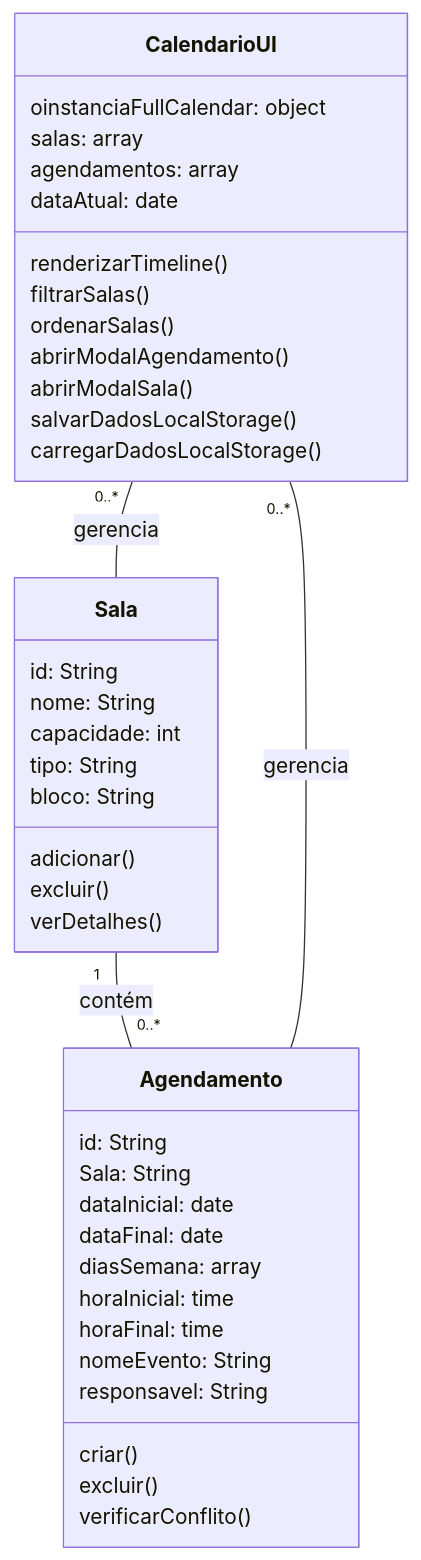
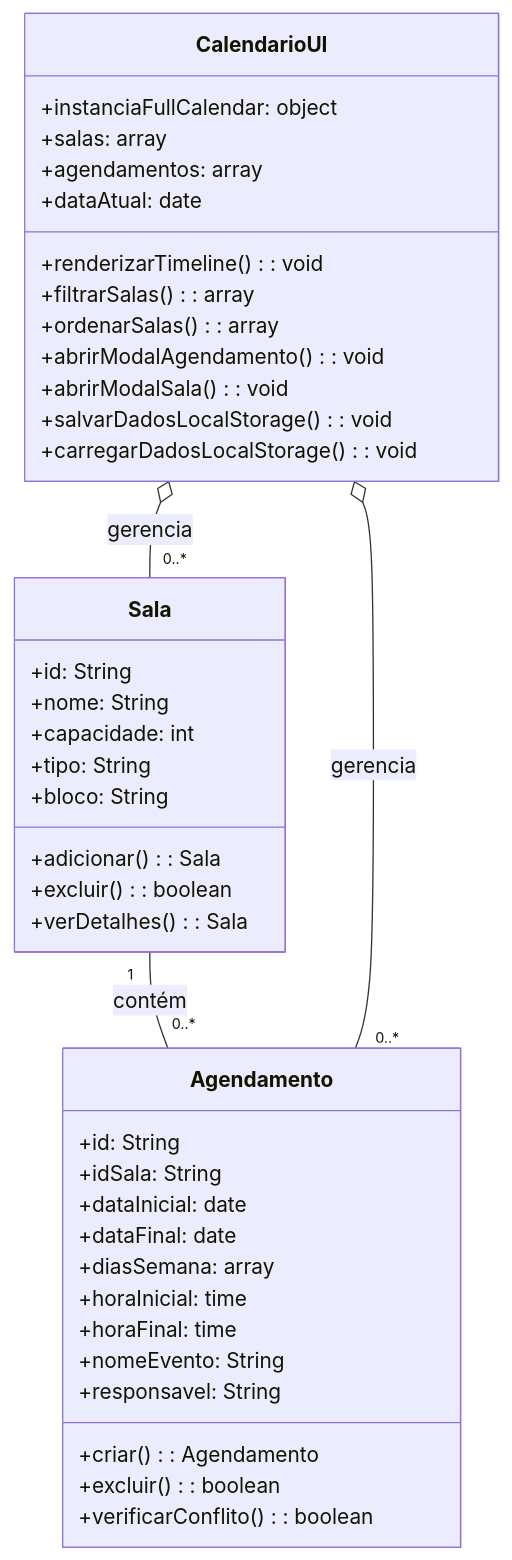
One commit to CTISM-Prof-Henry/trab-final-noite-gremio-fbpa changed the diagram in Diagrama_de_Classe.md. Above: the diagram before and after it, drawn with Mermaid. The commit also changed other lines of this file, not shown here.

Commit message:
Update Diagrama_de_Classe.md
teste

````diff
--- a/Diagrama_de_Classe.md
+++ b/Diagrama_de_Classe.md
@@ -47,46 +47,46 @@
 ```mermaid
 classDiagram
     class Sala {
-        id: String
-        nome: String
-        capacidade: int
-        tipo: String
-        bloco: String
-        adicionar()
-        excluir()
-        verDetalhes()
+        +id: String
+        +nome: String
+        +capacidade: int
+        +tipo: String
+        +bloco: String
+        +adicionar(): Sala
+        +excluir(): boolean
+        +verDetalhes(): Sala
     }
 
     class Agendamento {
-        id: String
-        Sala: String
-        dataInicial: date
-        dataFinal: date
-        diasSemana: array
-        horaInicial: time
-        horaFinal: time
-        nomeEvento: String
-        responsavel: String
-        criar()
-        excluir()
-        verificarConflito()
+        +id: String
+        +idSala: String
+        +dataInicial: date
+        +dataFinal: date
+        +diasSemana: array
+        +horaInicial: time
+        +horaFinal: time
+        +nomeEvento: String
+        +responsavel: String
+        +criar(): Agendamento
+        +excluir(): boolean
+        +verificarConflito(): boolean
     }
 
     class CalendarioUI {
-        oinstanciaFullCalendar: object
-        salas: array
-        agendamentos: array
-        dataAtual: date
-        renderizarTimeline()
-        filtrarSalas()
-        ordenarSalas()
-        abrirModalAgendamento()
-        abrirModalSala()
-        salvarDadosLocalStorage()
-        carregarDadosLocalStorage()
+        +instanciaFullCalendar: object
+        +salas: array
+        +agendamentos: array
+        +dataAtual: date
+        +renderizarTimeline(): void
+        +filtrarSalas(): array
+        +ordenarSalas(): array
+        +abrirModalAgendamento(): void
+        +abrirModalSala(): void
+        +salvarDadosLocalStorage(): void
+        +carregarDadosLocalStorage(): void
     }
 
     Sala "1" -- "0..*" Agendamento : contém
-    CalendarioUI "0..*" -- Sala : gerencia
-    CalendarioUI "0..*" -- Agendamento : gerencia
+    CalendarioUI o-- "0..*" Sala : gerencia
+    CalendarioUI o-- "0..*" Agendamento : gerencia
 ```
````
